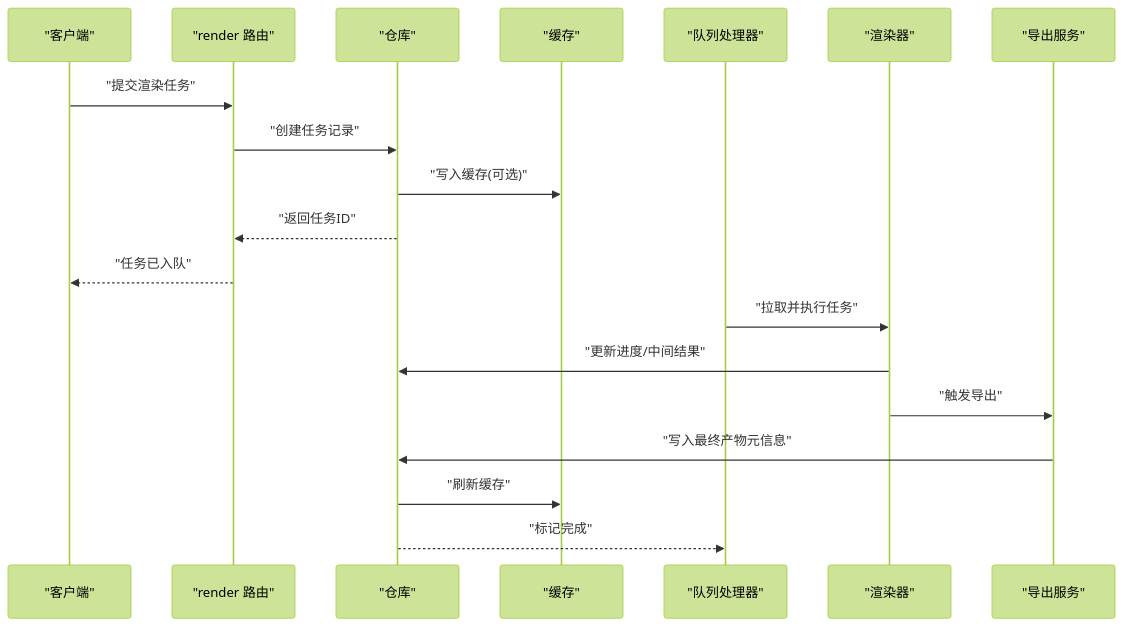
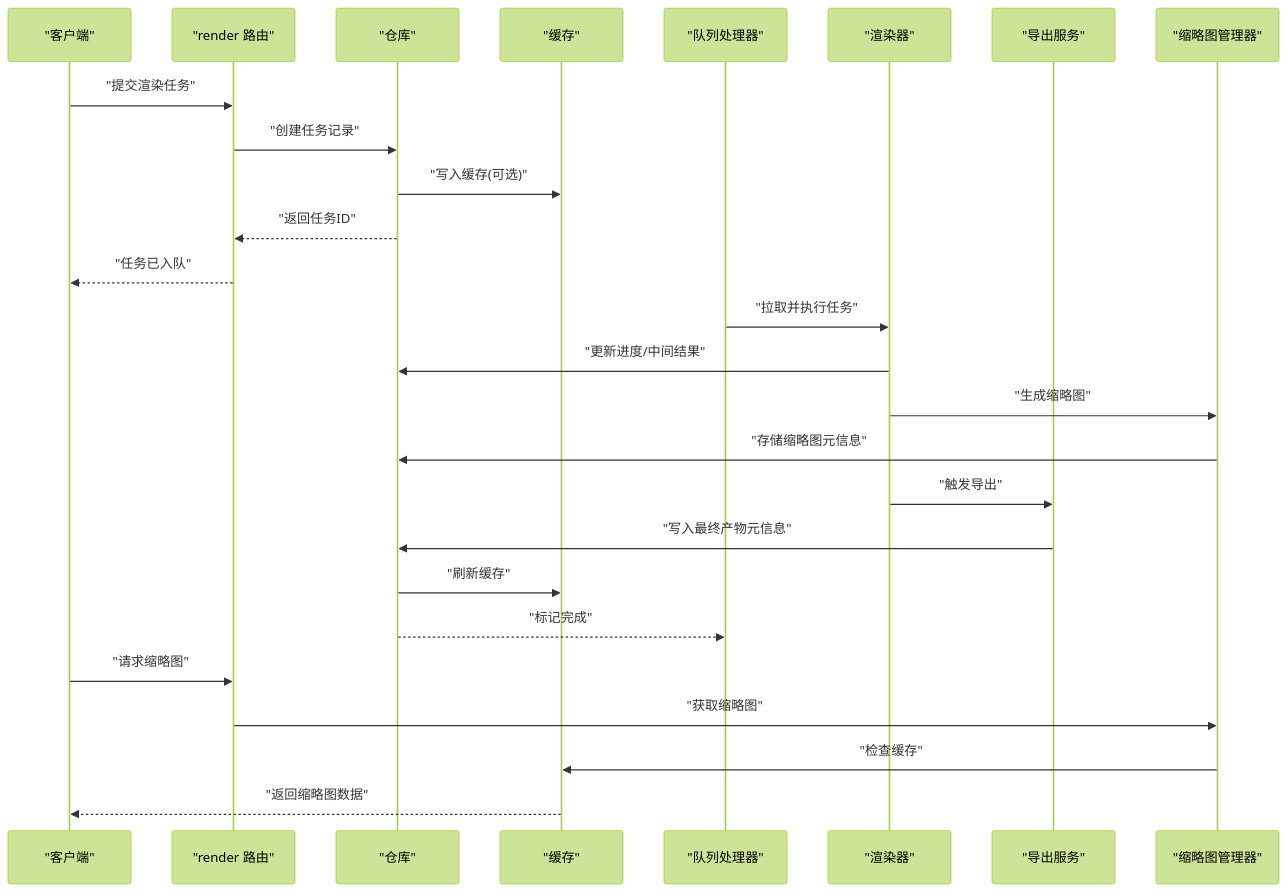
Before and after one commit to AIMFllyYS/code-video-canvas: the second of 5 diagrams in .qoder/repowiki/zh/content/架构设计/核心模块设计/渲染引擎设计/渲染数据仓库.md, drawn with Mermaid (forest theme). The commit also changed other lines of this file and 20 other files, not shown here.

````diff
--- a/.qoder/repowiki/zh/content/架构设计/核心模块设计/渲染引擎设计/渲染数据仓库.md
+++ b/.qoder/repowiki/zh/content/架构设计/核心模块设计/渲染引擎设计/渲染数据仓库.md
@@ -104,21 +116,28 @@
 ```mermaid
 sequenceDiagram
 participant Client as "客户端"
 participant API as "render 路由"
 participant Repo as "仓库"
 participant Cache as "缓存"
 participant Queue as "队列处理器"
 participant Renderer as "渲染器"
 participant Export as "导出服务"
+participant Thumbnail as "缩略图管理器"
 Client->>API : "提交渲染任务"
 API->>Repo : "创建任务记录"
 Repo->>Cache : "写入缓存(可选)"
 Repo-->>API : "返回任务ID"
 API-->>Client : "任务已入队"
 Queue->>Renderer : "拉取并执行任务"
 Renderer->>Repo : "更新进度/中间结果"
+Renderer->>Thumbnail : "生成缩略图"
+Thumbnail->>Repo : "存储缩略图元信息"
 Renderer->>Export : "触发导出"
 Export->>Repo : "写入最终产物元信息"
 Repo->>Cache : "刷新缓存"
 Repo-->>Queue : "标记完成"
+Client->>API : "请求缩略图"
+API->>Thumbnail : "获取缩略图"
+Thumbnail->>Cache : "检查缓存"
+Cache-->>Client : "返回缩略图数据"
 ```
````
